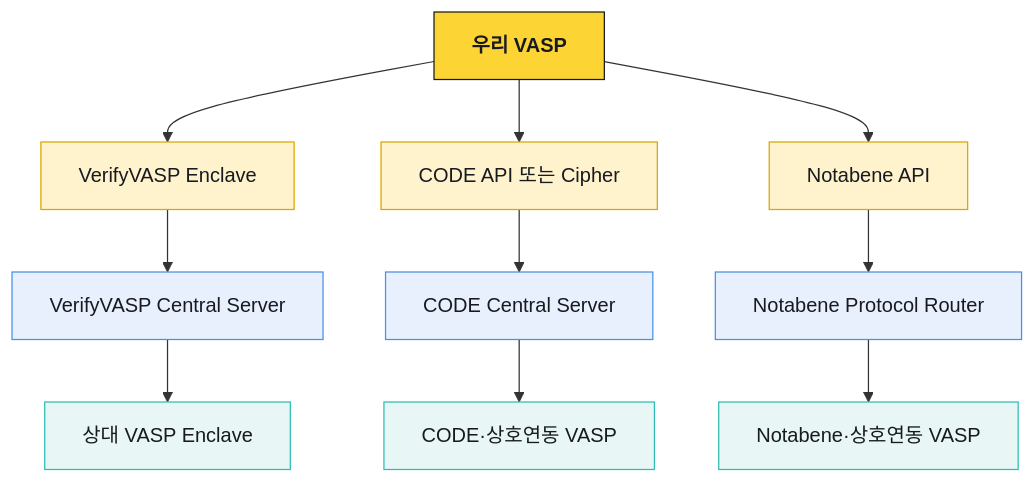
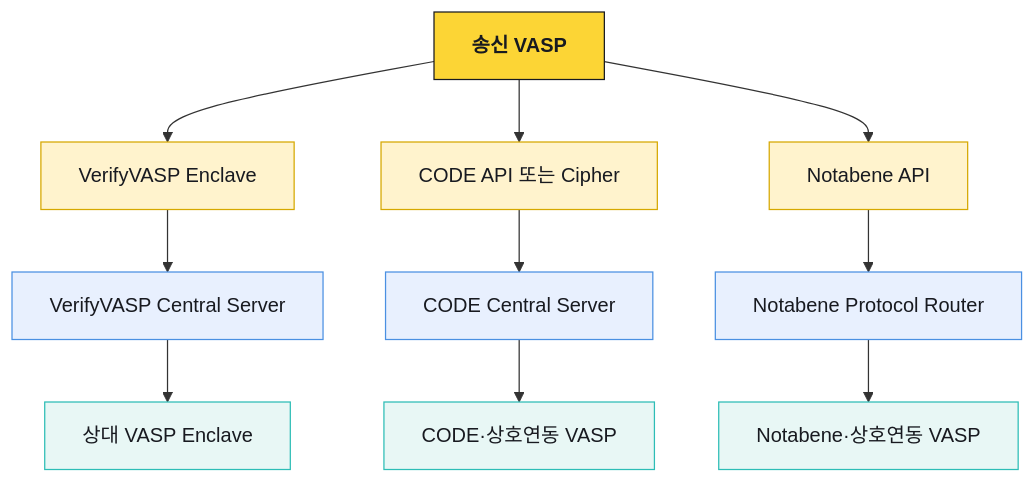
The diagram in blockchain-manager/docs/디지털 자산/트래블룰/06-solutions-and-reachability.md (eunsujeo/eunpus), drawn with Mermaid before and after one commit. The commit also changed other lines of this file and 34 other files, not shown here.

````diff
--- a/blockchain-manager/docs/디지털 자산/트래블룰/06-solutions-and-reachability.md
+++ b/blockchain-manager/docs/디지털 자산/트래블룰/06-solutions-and-reachability.md
@@ -15,25 +15,25 @@
 ```mermaid
 flowchart TB
-    OUR[우리 VASP]
+    OUR[송신 VASP]
 
     OUR --> VE[VerifyVASP Enclave]
     VE --> VC[VerifyVASP Central Server]
     VC --> RE[상대 VASP Enclave]
 
     OUR --> CA[CODE API 또는 Cipher]
     CA --> CC[CODE Central Server]
     CC --> RC[CODE·상호연동 VASP]
 
     OUR --> NA[Notabene API]
     NA --> NP[Notabene Protocol Router]
     NP --> RN[Notabene·상호연동 VASP]
 
     classDef ours fill:#fcd535,stroke:#181a20,color:#181a20,font-weight:bold
     classDef local fill:#fff3cd,stroke:#d6a800,color:#181a20
     classDef hub fill:#e8f0fe,stroke:#4a90e2,color:#181a20
     classDef peer fill:#e8f7f5,stroke:#2dbdb6,color:#181a20
     class OUR ours
     class VE,CA,NA local
     class VC,CC,NP hub
     class RE,RC,RN peer
 ```
````
